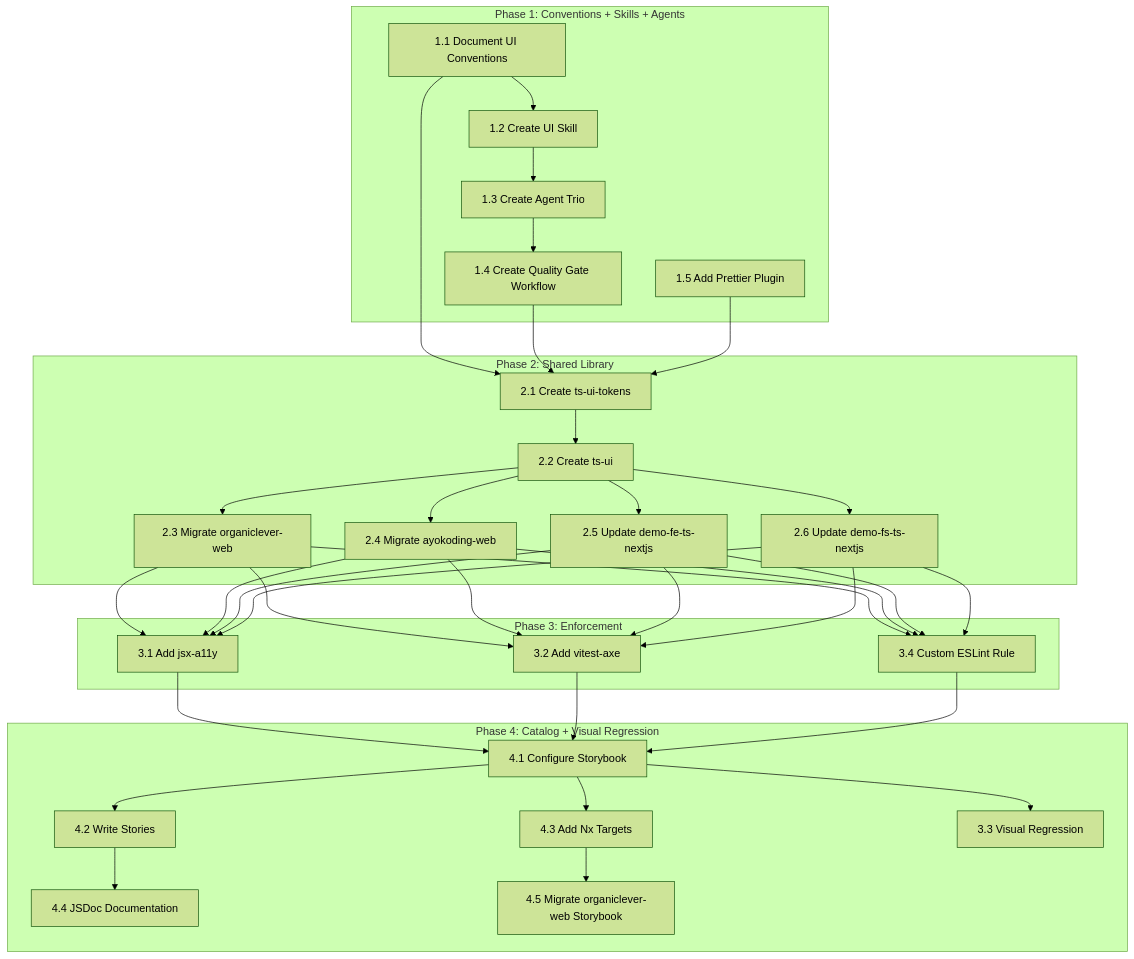
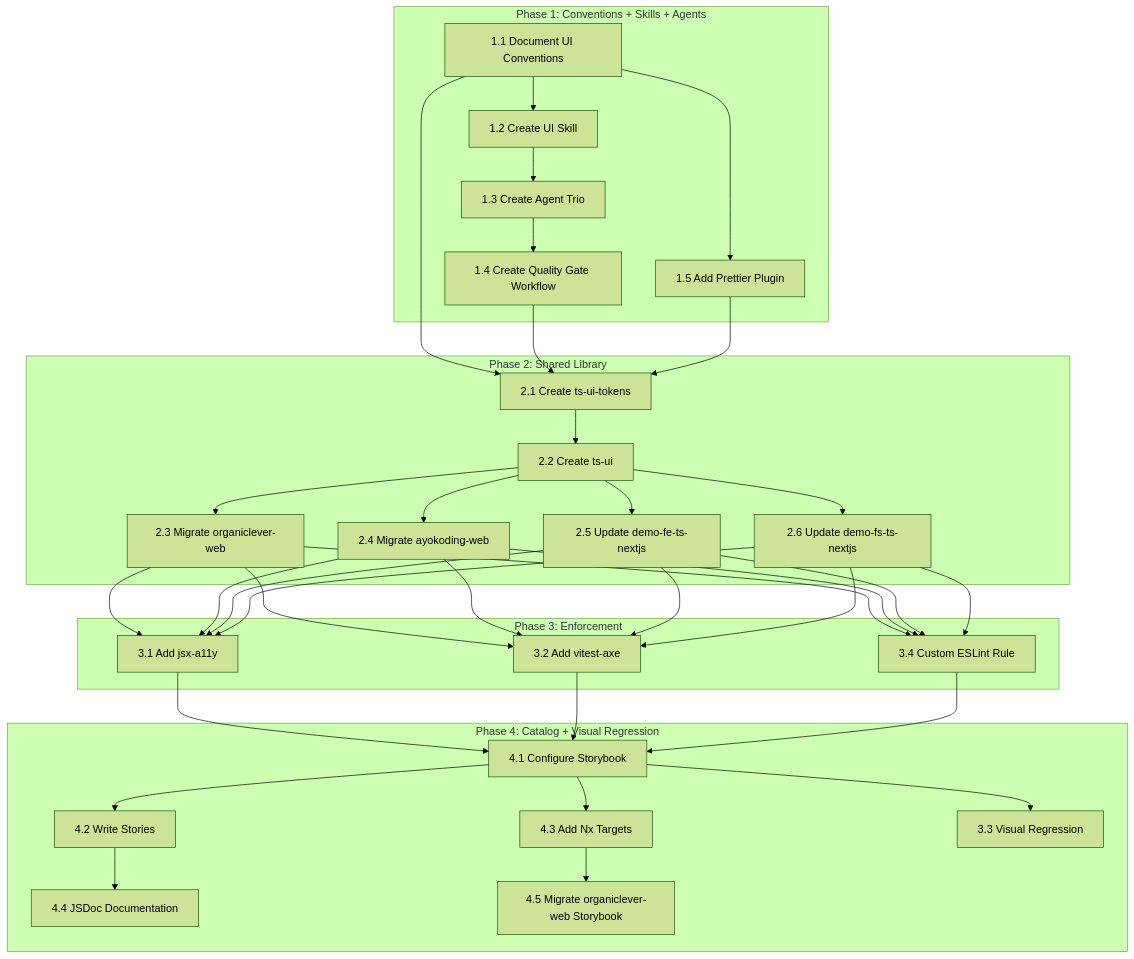
Before and after one commit to wahidyankf/open-sharia-enterprise: the diagram in plans/in-progress/2026-03-27__ui-development-improvement/delivery.md, drawn with Mermaid (forest theme). The commit also changed other lines of this file and 3 other files, not shown here.

````diff
--- a/plans/in-progress/2026-03-27__ui-development-improvement/delivery.md
+++ b/plans/in-progress/2026-03-27__ui-development-improvement/delivery.md
@@ -616,53 +632,54 @@
 ```mermaid
 flowchart TD
   subgraph Phase1[Phase 1: Conventions + Skills + Agents]
     A[1.1 Document UI Conventions]
     B[1.2 Create UI Skill]
     C[1.3 Create Agent Trio]
     D[1.4 Create Quality Gate Workflow]
     D2[1.5 Add Prettier Plugin]
     A --> B
+    A --> D2
     B --> C
     C --> D
   end
 
   subgraph Phase2[Phase 2: Shared Library]
     E[2.1 Create ts-ui-tokens]
     F[2.2 Create ts-ui]
     G[2.3 Migrate organiclever-web]
     H[2.4 Migrate ayokoding-web]
     I[2.5 Update demo-fe-ts-nextjs]
     J[2.6 Update demo-fs-ts-nextjs]
     E --> F
     F --> G
     F --> H
     F --> I
     F --> J
   end
 
   subgraph Phase3[Phase 3: Enforcement]
     K[3.1 Add jsx-a11y]
     L[3.2 Add vitest-axe]
     N[3.4 Custom ESLint Rule]
   end
 
   subgraph Phase4[Phase 4: Catalog + Visual Regression]
     O[4.1 Configure Storybook]
     P[4.2 Write Stories]
     Q[4.3 Add Nx Targets]
     R[4.4 JSDoc Documentation]
     S[4.5 Migrate organiclever-web Storybook]
     M[3.3 Visual Regression]
     O --> P
     O --> Q
     O --> M
     P --> R
     Q --> S
   end
 
   A & D & D2 --> E
   G & H & I & J --> K
   G & H & I & J --> L
   G & H & I & J --> N
   K & L & N --> O
 ```
````
